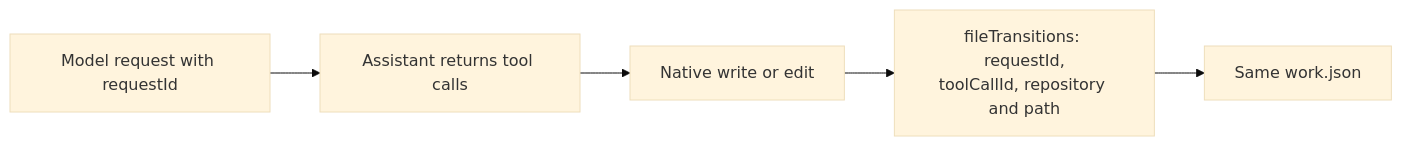
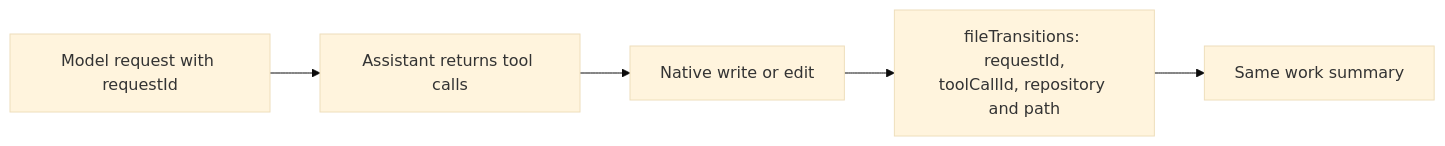
The fourth of 8 diagrams in docs/work-attribution.md (getkimchi/kimchi), drawn with Mermaid (base theme) before and after one commit. The commit also changed other lines of this file and 1 other file, not shown here.

Commit message:
docs: describe work summary row logs

````diff
--- a/docs/work-attribution.md
+++ b/docs/work-attribution.md
@@ -176,7 +178,7 @@
 ```mermaid
 flowchart LR
     R["Model request with requestId"] --> A["Assistant returns tool calls"]
     A --> T["Native write or edit"]
     T --> F["fileTransitions: requestId,<br/>toolCallId, repository and path"]
-    F --> W["Same work.json"]
+    F --> W["Same work summary"]
 ```
````
